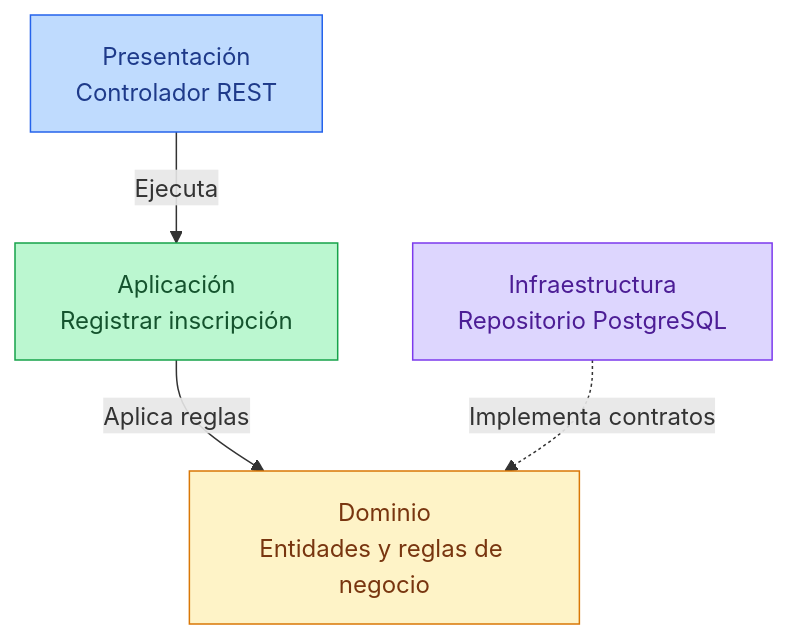
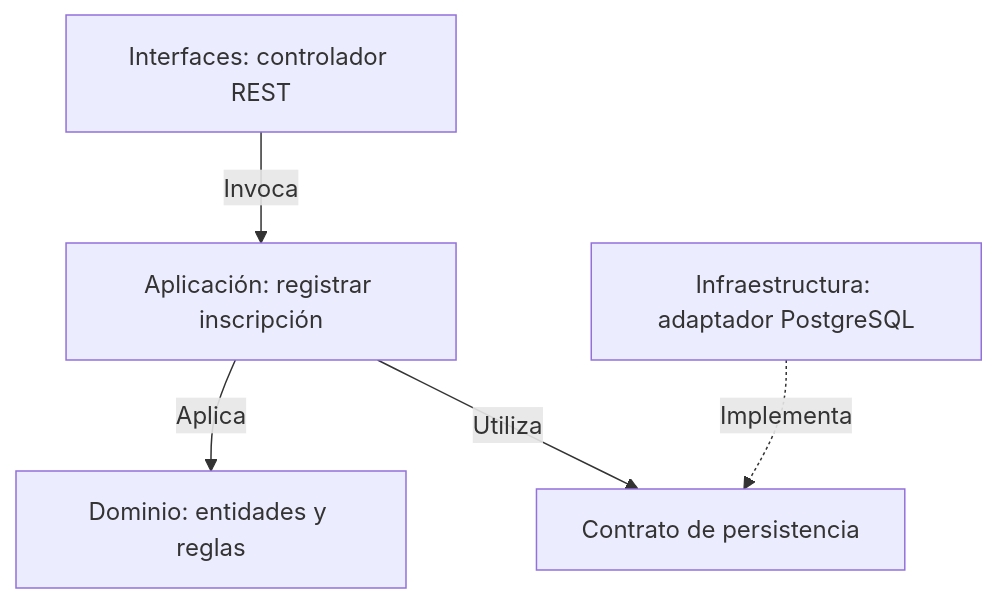
One commit to DiegoCoras06/ENTREGABLE-01-PROPUESTA-INICIAL-DEL-PROYECTO changed the diagram in docs/03-diseño-de-software/diseño-interno-modulos.md. Above: the diagram before and after it, drawn with Mermaid. The commit also changed other lines of this file and 27 other files, not shown here.

````diff
--- a/docs/03-diseño-de-software/diseño-interno-modulos.md
+++ b/docs/03-diseño-de-software/diseño-interno-modulos.md
@@ -46,21 +54,13 @@
 ```mermaid
 flowchart TB
-    P["Presentación<br/>Controlador REST"]
-    A["Aplicación<br/>Registrar inscripción"]
-    D["Dominio<br/>Entidades y reglas de negocio"]
-    I["Infraestructura<br/>Repositorio PostgreSQL"]
+    P["Interfaces: controlador REST"]
+    A["Aplicación: registrar inscripción"]
+    D["Dominio: entidades y reglas"]
+    C["Contrato de persistencia"]
+    I["Infraestructura: adaptador PostgreSQL"]
 
-    P -->|"Ejecuta"| A
-    A -->|"Aplica reglas"| D
-    I -.->|"Implementa contratos"| D
-
-    classDef presentacion fill:#bfdbfe,stroke:#2563eb,color:#1e3a8a
-    classDef aplicacion fill:#bbf7d0,stroke:#16a34a,color:#14532d
-    classDef dominio fill:#fef3c7,stroke:#d97706,color:#78350f
-    classDef infraestructura fill:#ddd6fe,stroke:#7c3aed,color:#4c1d95
-
-    class P presentacion
-    class A aplicacion
-    class D dominio
-    class I infraestructura
+    P -->|"Invoca"| A
+    A -->|"Aplica"| D
+    A -->|"Utiliza"| C
+    I -.->|"Implementa"| C
 ```
````
